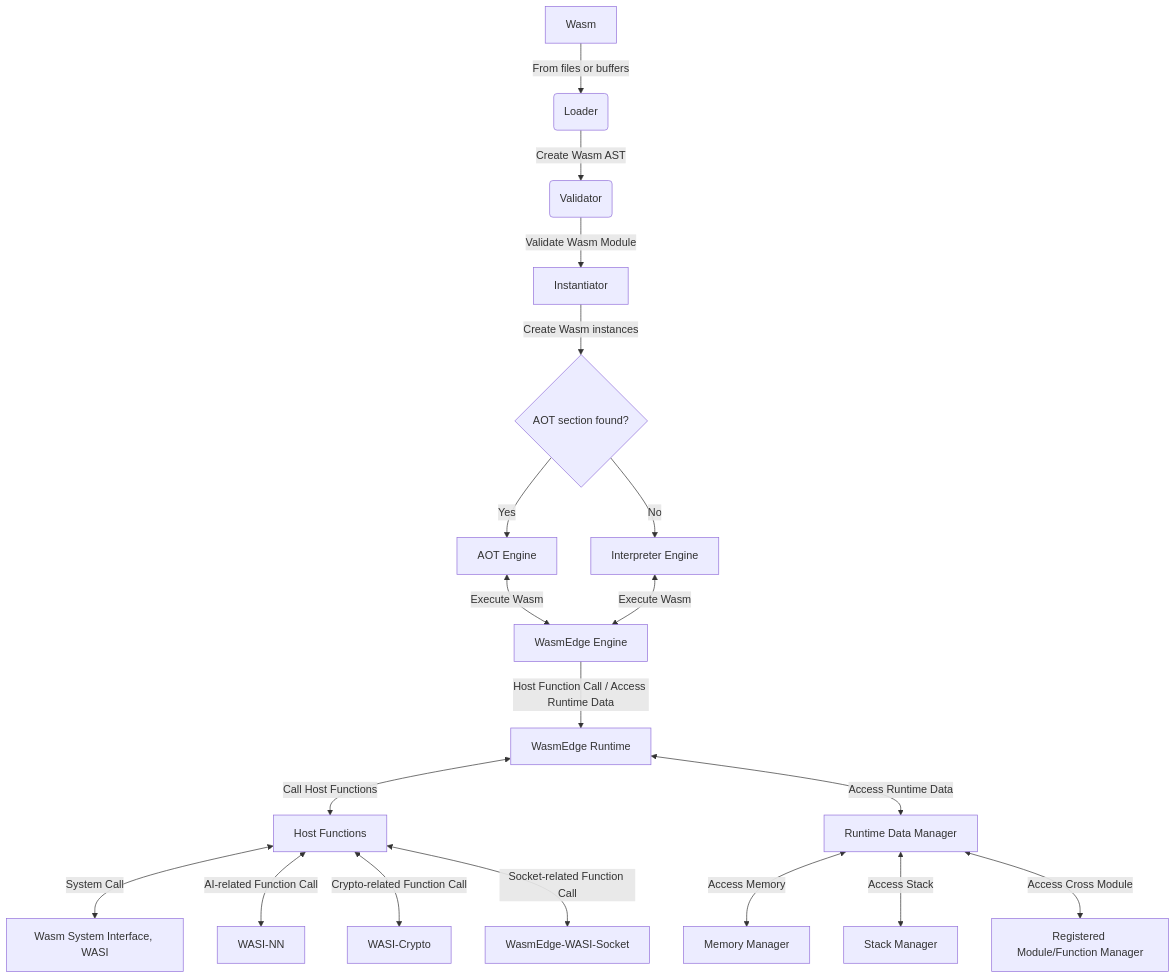
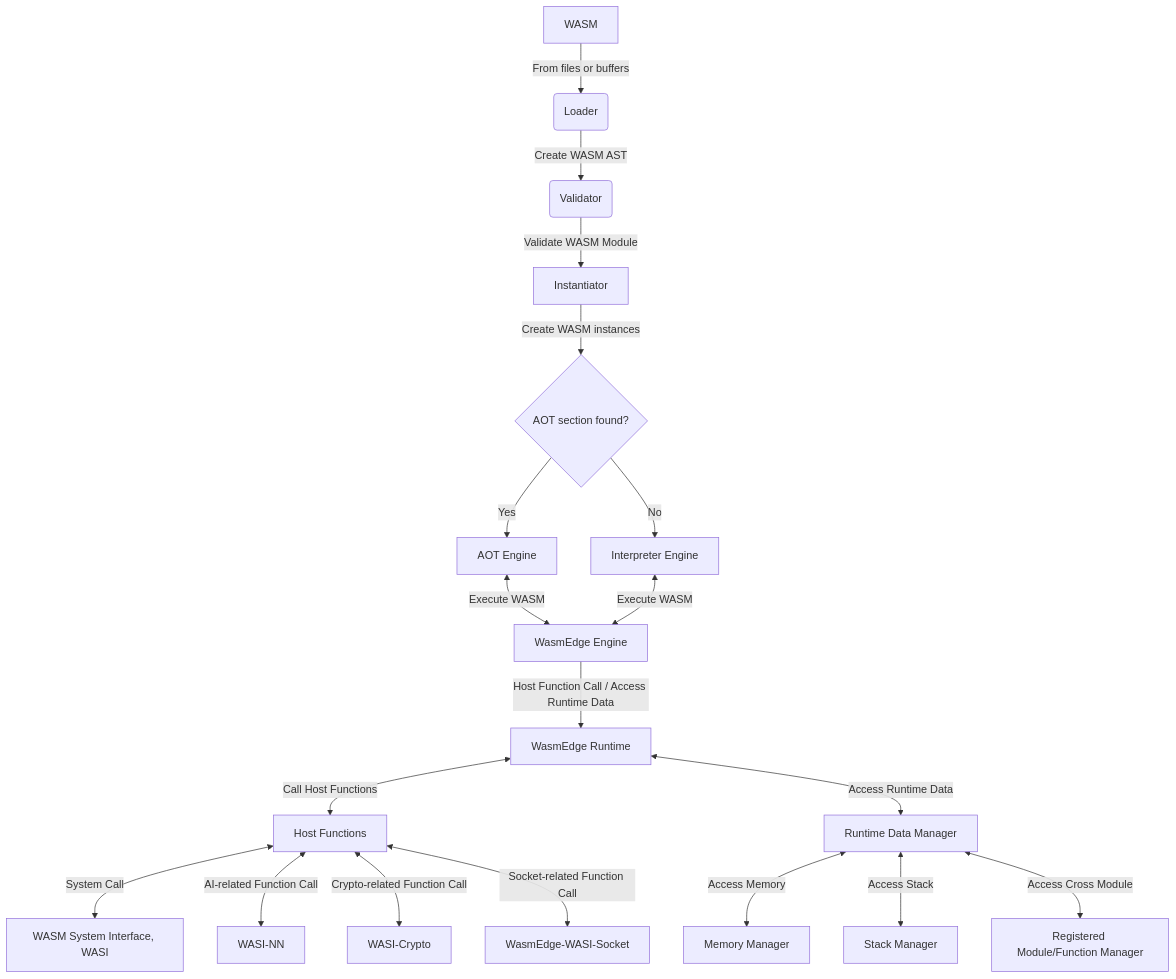
Before and after one commit to WasmEdge/docs: the diagram in docs/contribute/internal.md, drawn with Mermaid. The commit also changed 279 other files, not shown here.

````diff
--- a/docs/contribute/internal.md
+++ b/docs/contribute/internal.md
@@ -9,21 +9,21 @@
 ```mermaid
 graph TD
-    A[Wasm] -->|From files or buffers| B(Loader)
-    B -->|Create Wasm AST| C(Validator)
-    C -->|Validate Wasm Module| D[Instantiator]
-    D -->|Create Wasm instances| E{AOT section found?}
+    A[WASM] -->|From files or buffers| B(Loader)
+    B -->|Create WASM AST| C(Validator)
+    C -->|Validate WASM Module| D[Instantiator]
+    D -->|Create WASM instances| E{AOT section found?}
     E -->|Yes| F[AOT Engine]
     E -->|No| G[Interpreter Engine]
-    F <-->|Execute Wasm| H[WasmEdge Engine]
-    G <-->|Execute Wasm| H[WasmEdge Engine]
+    F <-->|Execute WASM| H[WasmEdge Engine]
+    G <-->|Execute WASM| H[WasmEdge Engine]
     H -->|Host Function Call / Access Runtime Data| H1[WasmEdge Runtime]
     H1 <-->|Call Host Functions| I[Host Functions]
     H1 <-->|Access Runtime Data| J[Runtime Data Manager]
-    I <-->|System Call| I1[Wasm System Interface, WASI]
+    I <-->|System Call| I1[WASM System Interface, WASI]
     I <-->|AI-related Function Call| I2[WASI-NN]
     I <-->|Crypto-related Function Call| I3[WASI-Crypto]
     I <-->|Socket-related Function Call| I4[WasmEdge-WASI-Socket]
     J <-->|Access Memory| J1[Memory Manager]
     J <-->|Access Stack| J2[Stack Manager]
     J <-->|Access Cross Module| J3[Registered Module/Function Manager]
 ```
````
